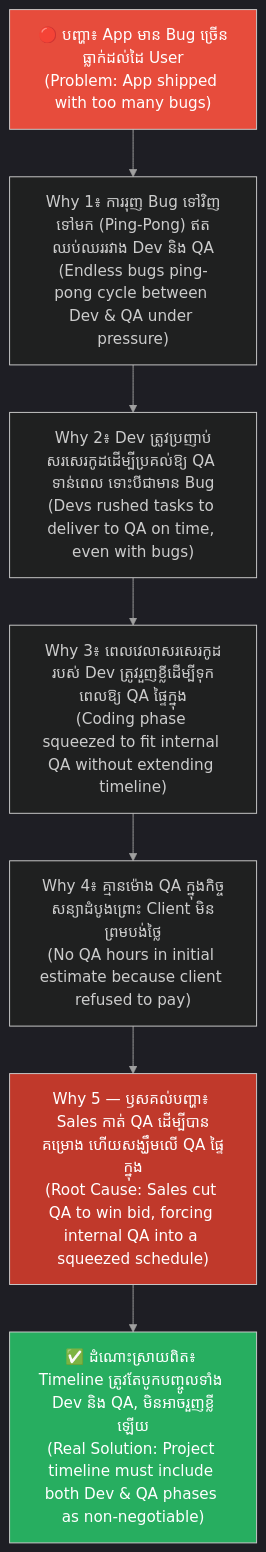
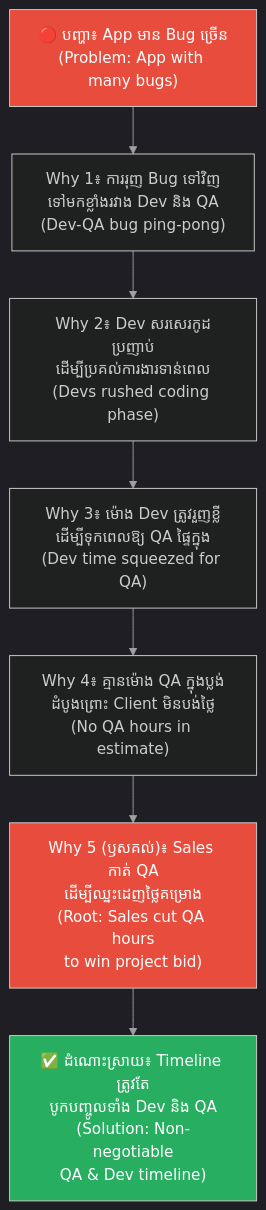
The third of 8 diagrams in feeds/concepts/articles/02-five-whys-technique.md (iblogger855/iblogger-feeds), drawn with Mermaid before and after one commit. The commit also changed other lines of this file, not shown here.

Commit message:
docs: improve 02-five-whys-technique.md content layout and diagram styling

````diff
--- a/feeds/concepts/articles/02-five-whys-technique.md
+++ b/feeds/concepts/articles/02-five-whys-technique.md
@@ -217,22 +220,22 @@
 ```mermaid
 %%{init: {
   'theme': 'dark',
   'themeVariables': {
     'background': '#1e1e1e',
     'primaryTextColor': '#ffffff',
     'lineColor': '#a0a0a0'
   },
   'themeCSS': 'svg { background-color: #1e1e1e !important; padding: 1rem !important; border-radius: 8px !important; } .edgeLabel rect { fill: #1e1e1e !important; } text, tspan { fill: #ffffff !important; }'
 }}%%
 graph TD
-    A["🔴 បញ្ហា៖ App មាន Bug ច្រើនធ្លាក់ដល់ដៃ User<br/>(Problem: App shipped with too many bugs)"] --> B["Why 1៖ ការរុញ Bug ទៅវិញទៅមក (Ping-Pong) ឥតឈប់ឈររវាង Dev និង QA<br/>(Endless bugs ping-pong cycle between Dev & QA under pressure)"]
-    B --> C["Why 2៖ Dev ត្រូវប្រញាប់សរសេរកូដដើម្បីប្រគល់ឱ្យ QA ទាន់ពេល ទោះបីជាមាន Bug<br/>(Devs rushed tasks to deliver to QA on time, even with bugs)"]
-    C --> D["Why 3៖ ពេលវេលាសរសេរកូដរបស់ Dev ត្រូវរួញខ្លីដើម្បីទុកពេលឱ្យ QA ផ្ទៃក្នុង<br/>(Coding phase squeezed to fit internal QA without extending timeline)"]
-    D --> E["Why 4៖ គ្មានម៉ោង QA ក្នុងកិច្ចសន្យាដំបូងព្រោះ Client មិនព្រមបង់ថ្លៃ<br/>(No QA hours in initial estimate because client refused to pay)"]
-    E --> F["Why 5 — ឫសគល់បញ្ហា៖ Sales កាត់ QA ដើម្បីបានគម្រោង ហើយសង្ឃឹមលើ QA ផ្ទៃក្នុង<br/>(Root Cause: Sales cut QA to win bid, forcing internal QA into a squeezed schedule)"]
-    F --> G["✅ ដំណោះស្រាយពិត៖ Timeline ត្រូវតែបូកបញ្ចូលទាំង Dev និង QA, មិនអាចរួញខ្លីឡើយ<br/>(Real Solution: Project timeline must include both Dev & QA phases as non-negotiable)"]
+    A["🔴 បញ្ហា៖ App មាន Bug ច្រើន<br/>(Problem: App with many bugs)"] --> B["Why 1៖ ការរុញ Bug ទៅវិញ<br/>ទៅមកខ្លាំងរវាង Dev និង QA<br/>(Dev-QA bug ping-pong)"]
+    B --> C["Why 2៖ Dev សរសេរកូដប្រញាប់<br/>ដើម្បីប្រគល់ការងារទាន់ពេល<br/>(Devs rushed coding phase)"]
+    C --> D["Why 3៖ ម៉ោង Dev ត្រូវរួញខ្លី<br/>ដើម្បីទុកពេលឱ្យ QA ផ្ទៃក្នុង<br/>(Dev time squeezed for QA)"]
+    D --> E["Why 4៖ គ្មានម៉ោង QA ក្នុងប្លង់<br/>ដំបូងព្រោះ Client មិនបង់ថ្លៃ<br/>(No QA hours in estimate)"]
+    E --> F["Why 5 (ឫសគល់)៖ Sales កាត់ QA<br/>ដើម្បីឈ្នះដេញថ្លៃគម្រោង<br/>(Root: Sales cut QA hours<br/>to win project bid)"]
+    F --> G["✅ ដំណោះស្រាយ៖ Timeline ត្រូវតែ<br/>បូកបញ្ចូលទាំង Dev និង QA<br/>(Solution: Non-negotiable<br/>QA & Dev timeline)"]
 
     style A fill:#e74c3c,color:#fff
-    style F fill:#c0392b,color:#fff
+    style F fill:#e74c3c,color:#fff
     style G fill:#27ae60,color:#fff
 ```
````
